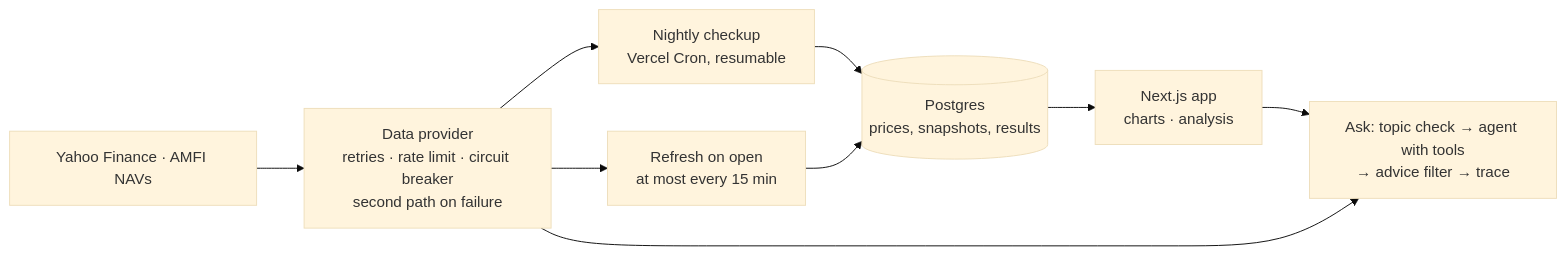
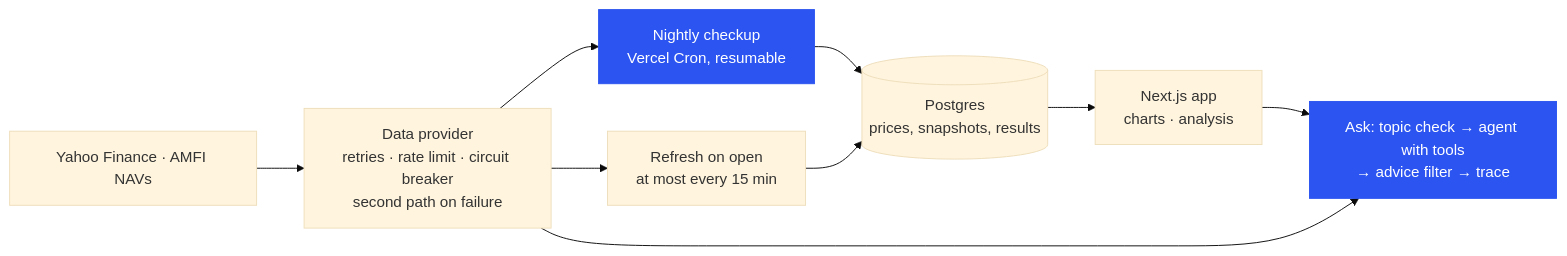
Before and after one commit to sakshamm21/Nazar: the diagram in README.md, drawn with Mermaid (base theme). The commit also changed other lines of this file and 10 other files, not shown here.

````diff
--- a/README.md
+++ b/README.md
@@ -51,11 +139,13 @@
 ```mermaid
 flowchart LR
   Y[Yahoo Finance · AMFI NAVs] --> P[Data provider<br/>retries · rate limit · circuit breaker<br/>second path on failure]
   P --> N[Nightly checkup<br/>Vercel Cron, resumable]
   N --> DB[(Postgres<br/>prices, snapshots, results)]
   P --> R[Refresh on open<br/>at most every 15 min]
   R --> DB
   DB --> UI[Next.js app<br/>charts · analysis]
   UI --> A[Ask: topic check → agent with tools<br/>→ advice filter → trace]
   P --> A
+  classDef accent fill:#2b54f0,stroke:#2b54f0,color:#fff
+  class N,A accent
 ```
````
